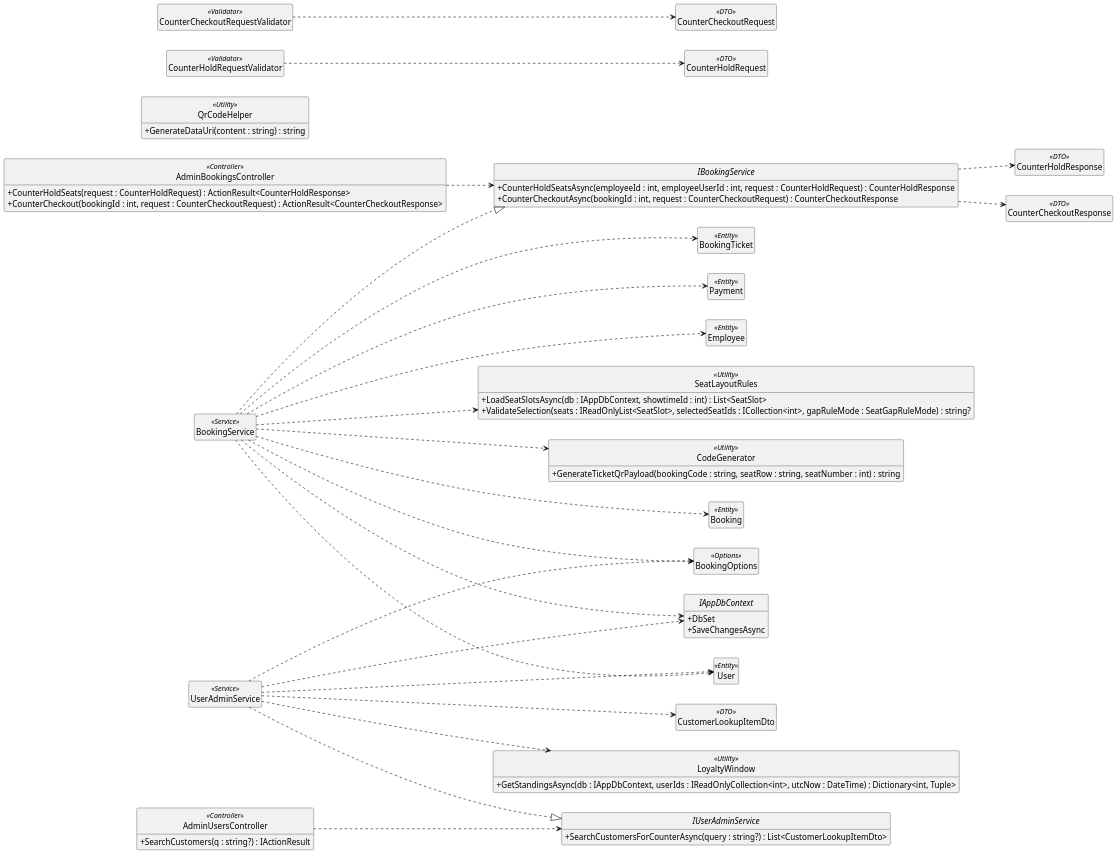
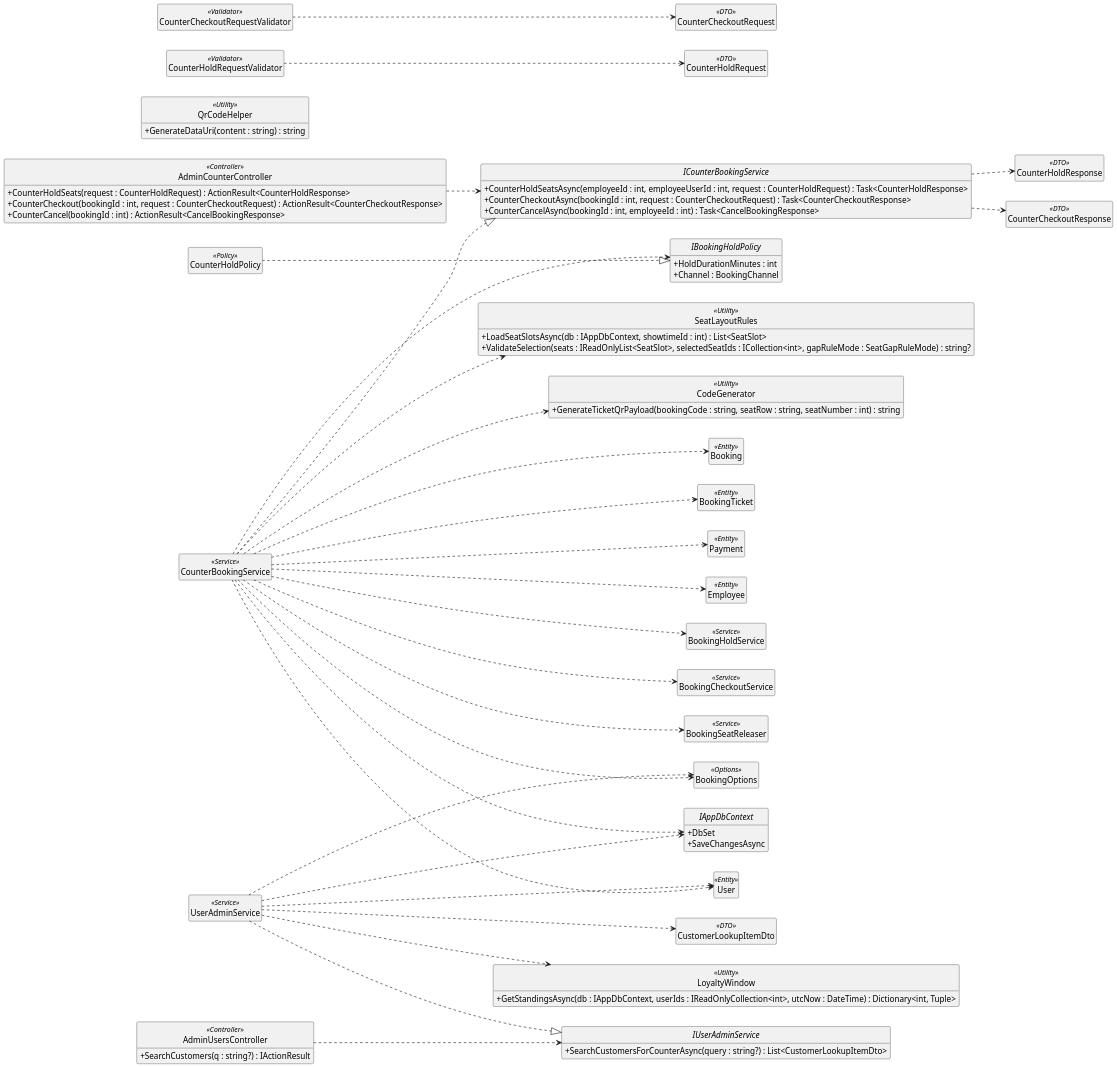
The diagram in docs/so-do/plantuml/hinh-4-12.puml (nguyenhiennnnn/cinema-v2), drawn with PlantUML before and after one commit. The commit also changed 24 other files, not shown here.

```diff
--- a/docs/so-do/plantuml/hinh-4-12.puml
+++ b/docs/so-do/plantuml/hinh-4-12.puml
@@ -1,80 +1,115 @@
 @startuml
 skinparam monochrome true
 skinparam shadowing false
 skinparam defaultFontName "Times New Roman"
 skinparam classAttributeIconSize 0
 skinparam dpi 150
 skinparam nodesep 35
 skinparam ranksep 55
 left to right direction
 hide circle
 hide empty members
-class AdminBookingsController <<Controller>> {
+
+class AdminCounterController <<Controller>> {
   +CounterHoldSeats(request : CounterHoldRequest) : ActionResult<CounterHoldResponse>
   +CounterCheckout(bookingId : int, request : CounterCheckoutRequest) : ActionResult<CounterCheckoutResponse>
+  +CounterCancel(bookingId : int) : ActionResult<CancelBookingResponse>
 }
+
 class AdminUsersController <<Controller>> {
   +SearchCustomers(q : string?) : IActionResult
 }
-interface IBookingService {
-  +CounterHoldSeatsAsync(employeeId : int, employeeUserId : int, request : CounterHoldRequest) : CounterHoldResponse
-  +CounterCheckoutAsync(bookingId : int, request : CounterCheckoutRequest) : CounterCheckoutResponse
+
+interface ICounterBookingService {
+  +CounterHoldSeatsAsync(employeeId : int, employeeUserId : int, request : CounterHoldRequest) : Task<CounterHoldResponse>
+  +CounterCheckoutAsync(bookingId : int, request : CounterCheckoutRequest) : Task<CounterCheckoutResponse>
+  +CounterCancelAsync(bookingId : int, employeeId : int) : Task<CancelBookingResponse>
 }
+
+interface IBookingHoldPolicy {
+  +HoldDurationMinutes : int
+  +Channel : BookingChannel
+}
+
 interface IUserAdminService {
   +SearchCustomersForCounterAsync(query : string?) : List<CustomerLookupItemDto>
 }
-class BookingService <<Service>>
+
+class CounterBookingService <<Service>>
+class CounterHoldPolicy <<Policy>>
+class BookingHoldService <<Service>>
+class BookingCheckoutService <<Service>>
+class BookingSeatReleaser <<Service>>
 class UserAdminService <<Service>>
+
 class SeatLayoutRules <<Utility>> {
   +LoadSeatSlotsAsync(db : IAppDbContext, showtimeId : int) : List<SeatSlot>
   +ValidateSelection(seats : IReadOnlyList<SeatSlot>, selectedSeatIds : ICollection<int>, gapRuleMode : SeatGapRuleMode) : string?
 }
+
 class QrCodeHelper <<Utility>> {
   +GenerateDataUri(content : string) : string
 }
+
 class CodeGenerator <<Utility>> {
   +GenerateTicketQrPayload(bookingCode : string, seatRow : string, seatNumber : int) : string
 }
+
 class LoyaltyWindow <<Utility>> {
   +GetStandingsAsync(db : IAppDbContext, userIds : IReadOnlyCollection<int>, utcNow : DateTime) : Dictionary<int, Tuple>
 }
+
 class BookingOptions <<Options>>
 class CounterHoldRequestValidator <<Validator>>
 class CounterCheckoutRequestValidator <<Validator>>
+
 interface IAppDbContext {
   +DbSet
   +SaveChangesAsync
 }
+
 class Booking <<Entity>>
 class BookingTicket <<Entity>>
 class Payment <<Entity>>
 class Employee <<Entity>>
 class User <<Entity>>
+
 class CounterHoldRequest <<DTO>>
 class CounterHoldResponse <<DTO>>
 class CounterCheckoutRequest <<DTO>>
 class CounterCheckoutResponse <<DTO>>
 class CustomerLookupItemDto <<DTO>>
-AdminBookingsController ..> IBookingService
+
+AdminCounterController ..> ICounterBookingService
 AdminUsersController ..> IUserAdminService
-BookingService ..|> IBookingService
+
+CounterBookingService ..|> ICounterBookingService
+CounterHoldPolicy ..|> IBookingHoldPolicy
 UserAdminService ..|> IUserAdminService
-BookingService ..> SeatLayoutRules
-BookingService ..> CodeGenerator
-BookingService ..> BookingOptions
-BookingService ..> Booking
-BookingService ..> BookingTicket
-BookingService ..> Payment
-BookingService ..> Employee
-BookingService ..> User
+
+CounterBookingService ..> IBookingHoldPolicy
+CounterBookingService ..> BookingHoldService
+CounterBookingService ..> BookingCheckoutService
+CounterBookingService ..> BookingSeatReleaser
+CounterBookingService ..> SeatLayoutRules
+CounterBookingService ..> CodeGenerator
+CounterBookingService ..> BookingOptions
+CounterBookingService ..> Booking
+CounterBookingService ..> BookingTicket
+CounterBookingService ..> Payment
+CounterBookingService ..> Employee
+CounterBookingService ..> User
+
 UserAdminService ..> User
 UserAdminService ..> BookingOptions
 UserAdminService ..> LoyaltyWindow
 UserAdminService ..> CustomerLookupItemDto
+
 CounterHoldRequestValidator ..> CounterHoldRequest
 CounterCheckoutRequestValidator ..> CounterCheckoutRequest
-IBookingService ..> CounterHoldResponse
-IBookingService ..> CounterCheckoutResponse
-BookingService ..> IAppDbContext
+ICounterBookingService ..> CounterHoldResponse
+ICounterBookingService ..> CounterCheckoutResponse
+
+CounterBookingService ..> IAppDbContext
 UserAdminService ..> IAppDbContext
 @enduml
```
